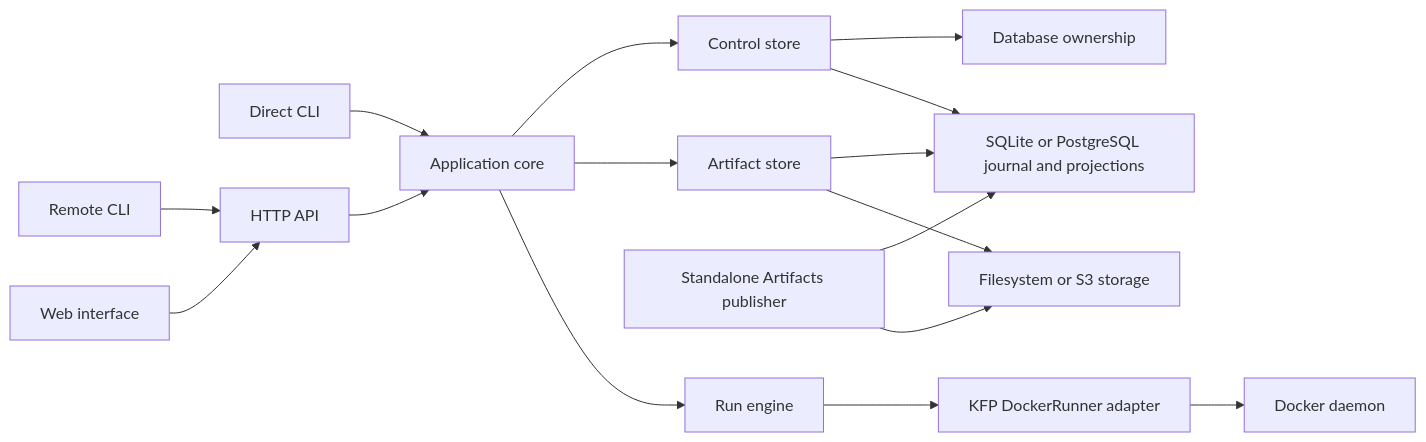
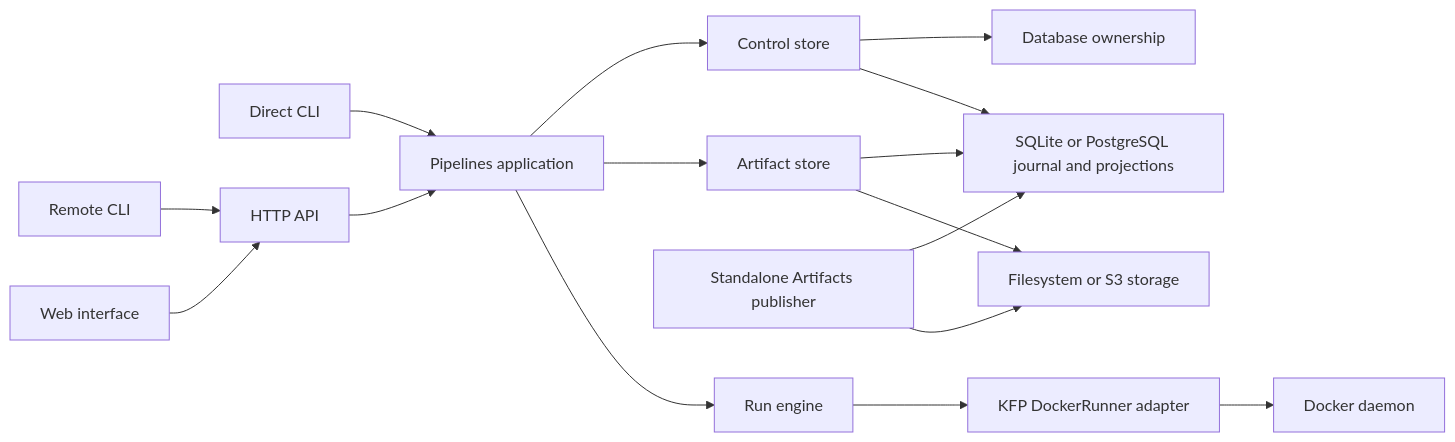
One commit to dockflow-project/dockflow changed the diagram in docs/architecture.md. Above: the diagram before and after it, drawn with Mermaid. The commit also changed other lines of this file and 123 other files, not shown here.

````diff
--- a/docs/architecture.md
+++ b/docs/architecture.md
@@ -10,18 +10,18 @@
 ```mermaid
 flowchart LR
-    Direct[Direct CLI] --> Core[Application core]
+    Direct[Direct CLI] --> Core[Pipelines application]
     Remote[Remote CLI] --> HTTP[HTTP API]
     Browser[Web interface] --> HTTP
     HTTP --> Core
     Core --> Control[Control store]
     Core --> Artifacts[Artifact store]
     Control --> Owner[Database ownership]
     Control --> SQL[SQLite or PostgreSQL journal and projections]
     Artifacts --> SQL
     Publisher[Standalone Artifacts publisher] --> SQL
     Publisher --> Files[Filesystem or S3 storage]
     Artifacts --> Files
     Worker[Run engine] --> Adapter[KFP DockerRunner adapter]
     Adapter --> Docker[Docker daemon]
     Core --> Worker
 ```
````
